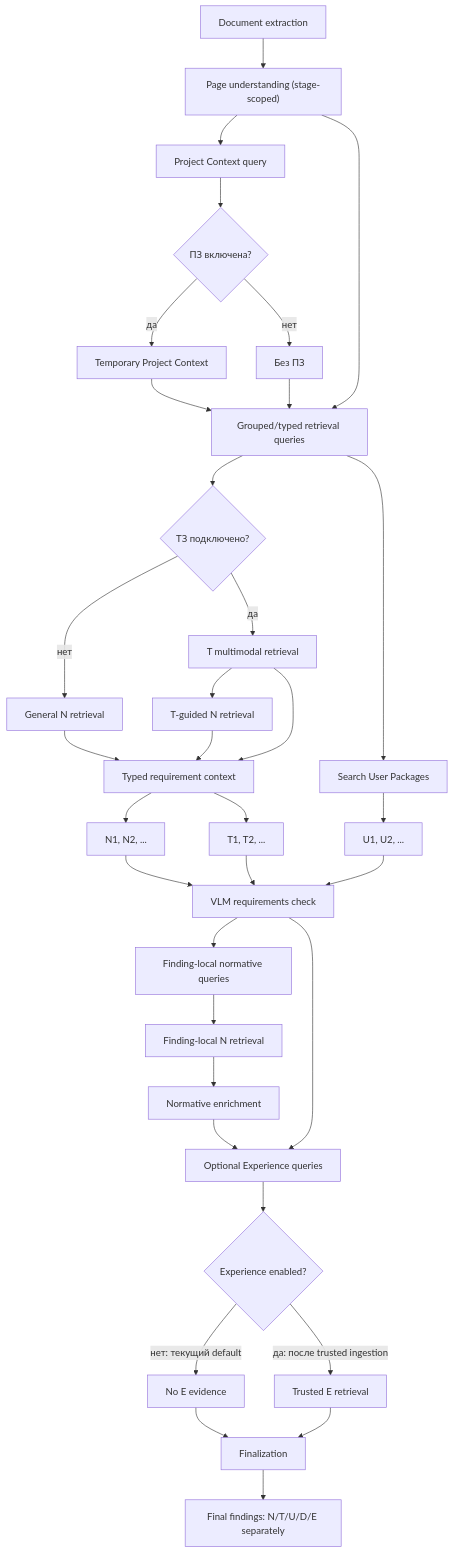
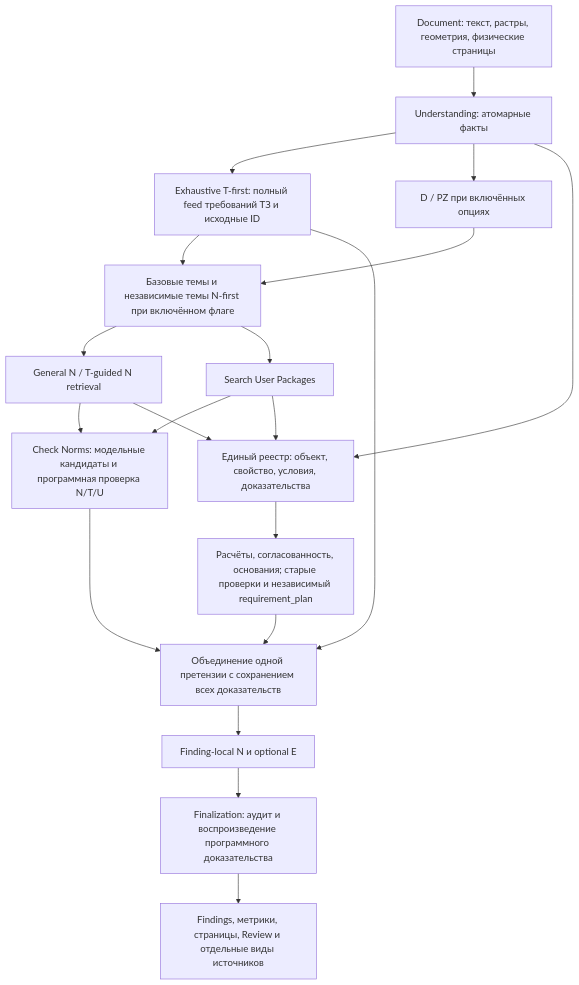
The fourth of 34 diagrams in README.md (Amadu-A/PDRD-validation), drawn with Mermaid before and after one commit. The commit also changed other lines of this file and 57 other files, not shown here.

Commit message:
Quality 5: независимый план требований и регрессии

````diff
--- a/README.md
+++ b/README.md
@@ -242,36 +246,22 @@
 ```mermaid
 flowchart TD
-    DOC["Document extraction"] --> FACTS["Page understanding (stage-scoped)"]
-    FACTS --> PZQ["Project Context query"]
-    PZQ --> PZ{"ПЗ включена?"}
-    PZ -->|да| PZS["Temporary Project Context"]
-    PZ -->|нет| EMPTY["Без ПЗ"]
-    PZS --> Q["Grouped/typed retrieval queries"]
-    EMPTY --> Q
-    FACTS --> Q
-    Q --> REQ{"ТЗ подключено?"}
-    REQ -->|нет| NS["General N retrieval"]
-    REQ -->|да| TS["T multimodal retrieval"]
-    TS --> TN["T-guided N retrieval"]
-    TN --> MERGE["Typed requirement context"]
-    NS --> MERGE
-    TS --> MERGE
-    Q --> US["Search User Packages"]
-    MERGE --> NCTX["N1, N2, ..."]
-    MERGE --> TCTX["T1, T2, ..."]
-    US --> UCTX["U1, U2, ..."]
-    NCTX --> CHECK["VLM requirements check"]
-    TCTX --> CHECK
-    UCTX --> CHECK
-    CHECK --> FQ["Finding-local normative queries"]
-    FQ --> FN["Finding-local N retrieval"]
-    FN --> FINALCTX["Normative enrichment"]
-    CHECK --> EQ["Optional Experience queries"]
-    FINALCTX --> EQ
-    EQ --> ENABLED{"Experience enabled?"}
-    ENABLED -->|нет: текущий default| EMPTY_E["No E evidence"]
-    ENABLED -->|да: после trusted ingestion| ES["Trusted E retrieval"]
-    EMPTY_E --> FINAL["Finalization"]
-    ES --> FINAL
-    FINAL --> RESULT["Final findings: N/T/U/D/E separately"]
+    EXTRACT["Document: текст, растры, геометрия, физические страницы"] --> UNDER["Understanding: атомарные факты"]
+    UNDER --> TF["Exhaustive T-first: полный feed требований ТЗ и исходные ID"]
+    UNDER --> CONTEXT["D / PZ при включённых опциях"]
+    CONTEXT --> QUERIES["Базовые темы и независимые темы N-first при включённом флаге"]
+    TF --> QUERIES
+    QUERIES --> N["General N / T-guided N retrieval"]
+    QUERIES --> U["Search User Packages"]
+    N --> CHECK["Check Norms: модельные кандидаты и программная проверка N/T/U"]
+    U --> CHECK
+    UNDER --> PROGRAM["Единый реестр: объект, свойство, условия, доказательства"]
+    N --> PROGRAM
+    U --> PROGRAM
+    PROGRAM --> RULES["Расчёты, согласованность, основания; старые проверки и независимый requirement_plan"]
+    CHECK --> MERGE["Объединение одной претензии с сохранением всех доказательств"]
+    RULES --> MERGE
+    TF --> MERGE
+    MERGE --> ENRICH["Finding-local N и optional E"]
+    ENRICH --> FINAL["Finalization: аудит и воспроизведение программного доказательства"]
+    FINAL --> RESULT["Findings, метрики, страницы, Review и отдельные виды источников"]
 ```
````
